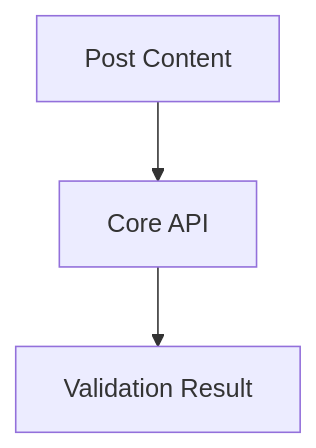
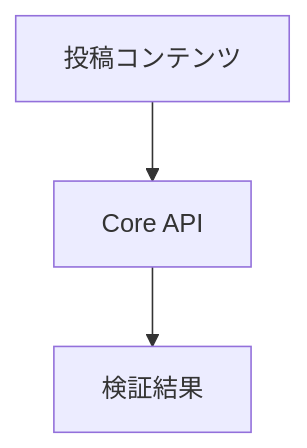
Before and after one commit to stein2nd/docs-linter: diagram 16 of 34 in docsMod/core_api.md, drawn with Mermaid. The commit also changed other lines of this file, not shown here.

````diff
--- a/docsMod/core_api.md
+++ b/docsMod/core_api.md
@@ -2117,5 +2117,5 @@
 ```mermaid
 flowchart TD
-  A["Post Content"] --> B["Core API"]
-  B --> C["Validation Result"]
+  A["投稿コンテンツ"] --> B["Core API"]
+  B --> C["検証結果"]
 ```
````
